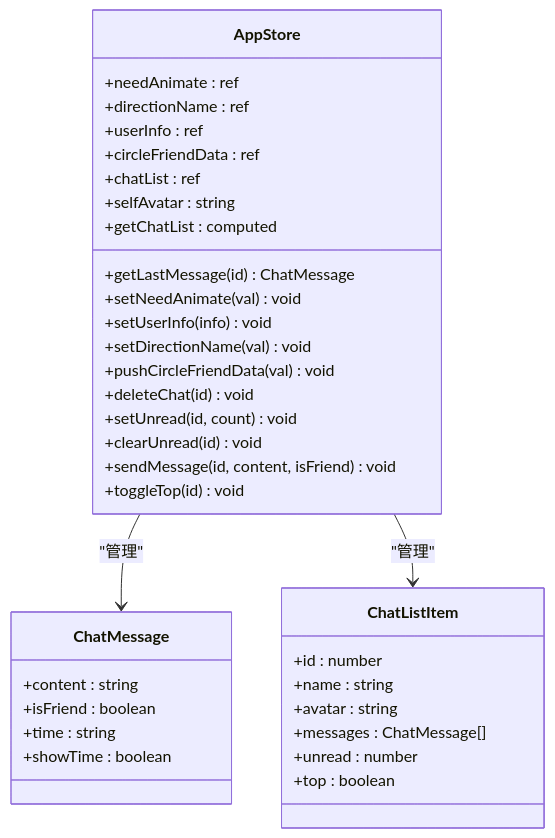
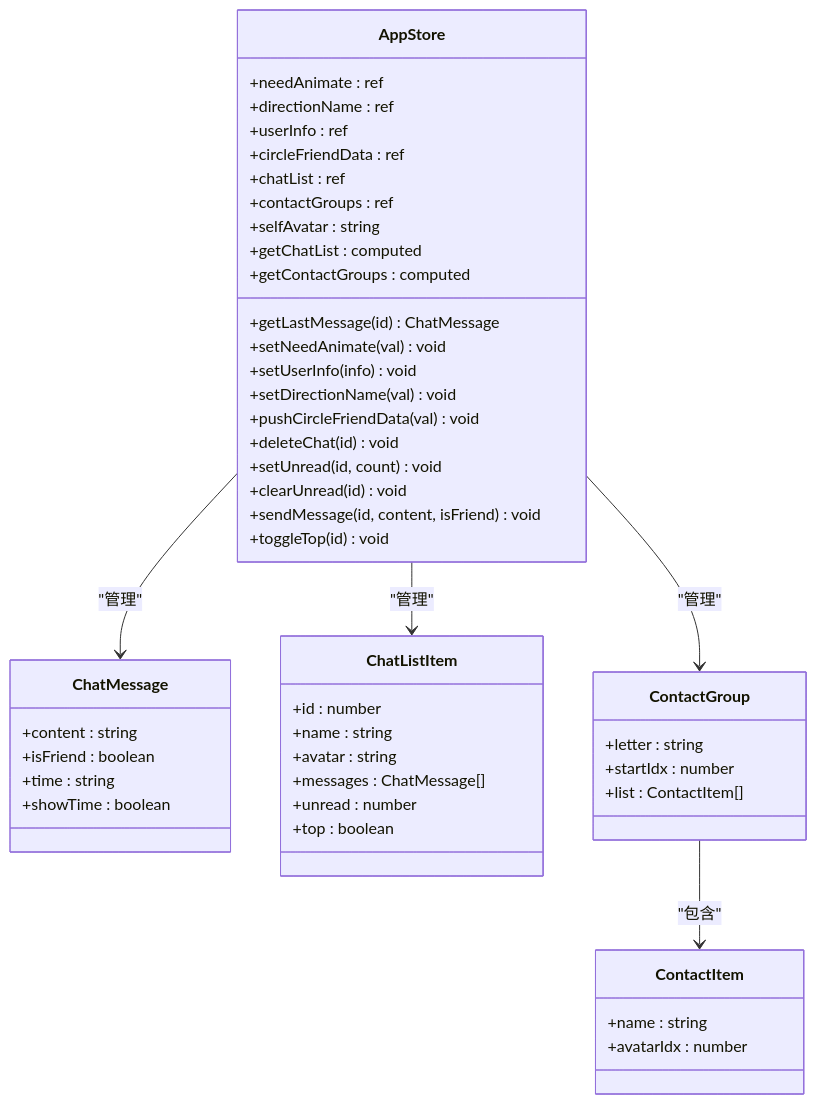
One commit to giserman001/vue3-vant4-mobile changed diagram 13 of 20 in .qoder/repowiki/zh/content/核心系统/聊天系统.md. Above: the diagram before and after it, drawn with Mermaid. The commit also changed other lines of this file and 4 other files, not shown here.

````diff
--- a/.qoder/repowiki/zh/content/核心系统/聊天系统.md
+++ b/.qoder/repowiki/zh/content/核心系统/聊天系统.md
@@ -416,38 +575,51 @@
 ```mermaid
 classDiagram
 class AppStore {
 +needAnimate : ref
 +directionName : ref
 +userInfo : ref
 +circleFriendData : ref
 +chatList : ref
++contactGroups : ref
 +selfAvatar : string
 +getChatList : computed
++getContactGroups : computed
 +getLastMessage(id) ChatMessage
 +setNeedAnimate(val) void
 +setUserInfo(info) void
 +setDirectionName(val) void
 +pushCircleFriendData(val) void
 +deleteChat(id) void
 +setUnread(id, count) void
 +clearUnread(id) void
 +sendMessage(id, content, isFriend) void
 +toggleTop(id) void
 }
 class ChatMessage {
 +content : string
 +isFriend : boolean
 +time : string
 +showTime : boolean
 }
 class ChatListItem {
 +id : number
 +name : string
 +avatar : string
 +messages : ChatMessage[]
 +unread : number
 +top : boolean
 }
+class ContactGroup {
++letter : string
++startIdx : number
++list : ContactItem[]
+}
+class ContactItem {
++name : string
++avatarIdx : number
+}
 AppStore --> ChatMessage : "管理"
 AppStore --> ChatListItem : "管理"
+AppStore --> ContactGroup : "管理"
+ContactGroup --> ContactItem : "包含"
 ```
````
